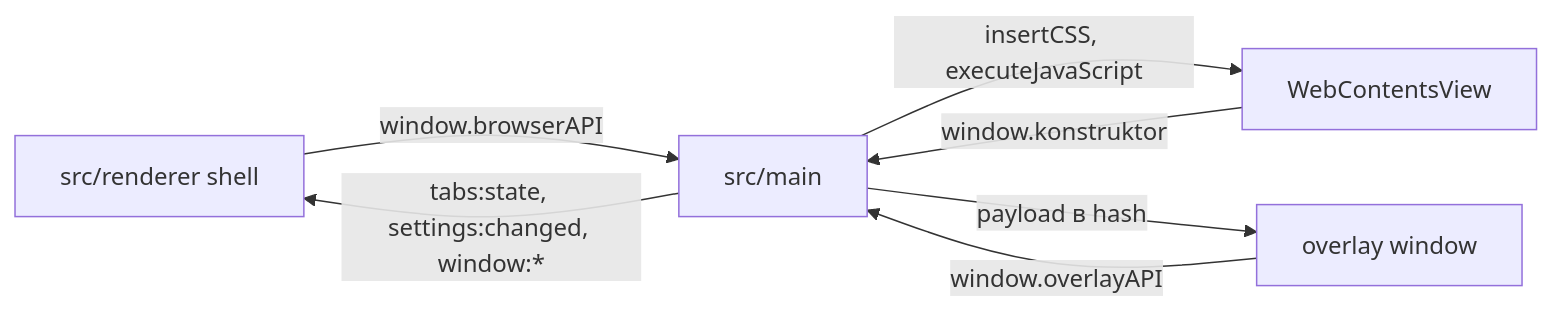
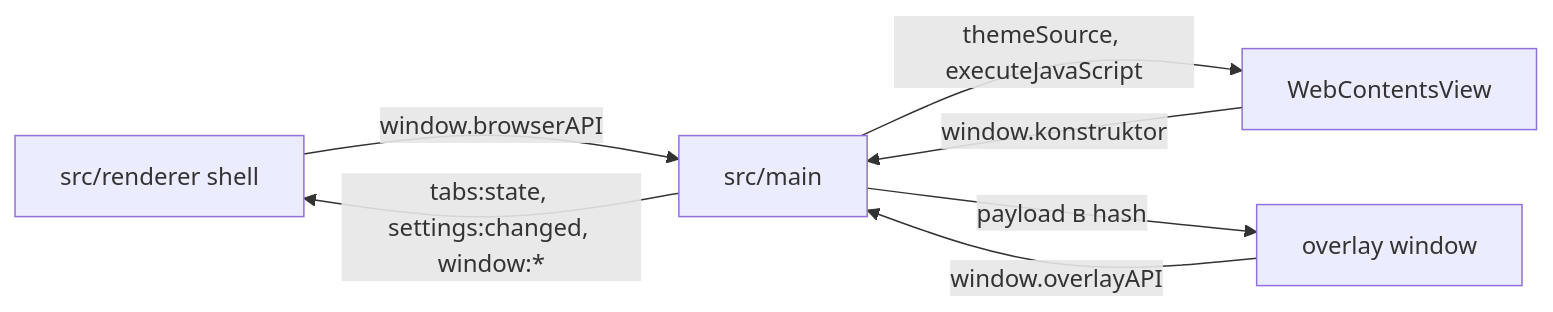
The diagram in docs/ARCHITECTURE.md (trb1mkr/konstruktor), drawn with Mermaid before and after one commit. The commit also changed other lines of this file and 16 other files, not shown here.

````diff
--- a/docs/ARCHITECTURE.md
+++ b/docs/ARCHITECTURE.md
@@ -25,9 +25,9 @@
 ```mermaid
 flowchart LR
   Shell[src/renderer shell] -->|window.browserAPI| Main[src/main]
   View[WebContentsView] -->|window.konstruktor| Main
   Overlay[overlay window] -->|window.overlayAPI| Main
   Main -->|tabs:state, settings:changed, window:*| Shell
-  Main -->|insertCSS, executeJavaScript| View
+  Main -->|themeSource, executeJavaScript| View
   Main -->|payload в hash| Overlay
 ```
````
